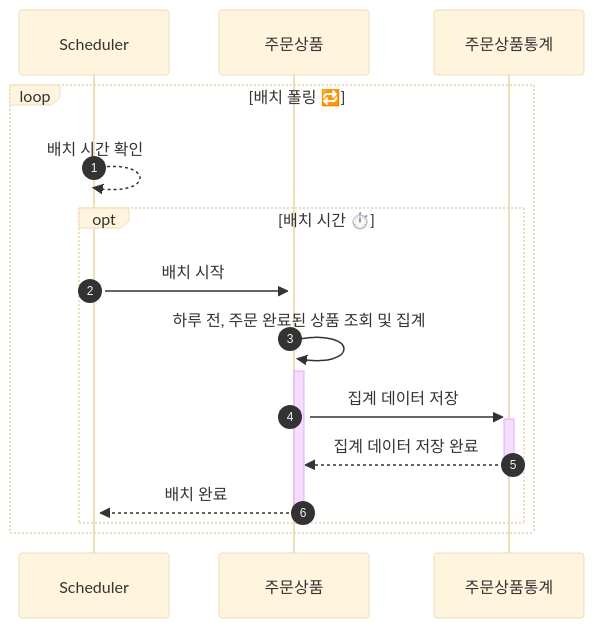
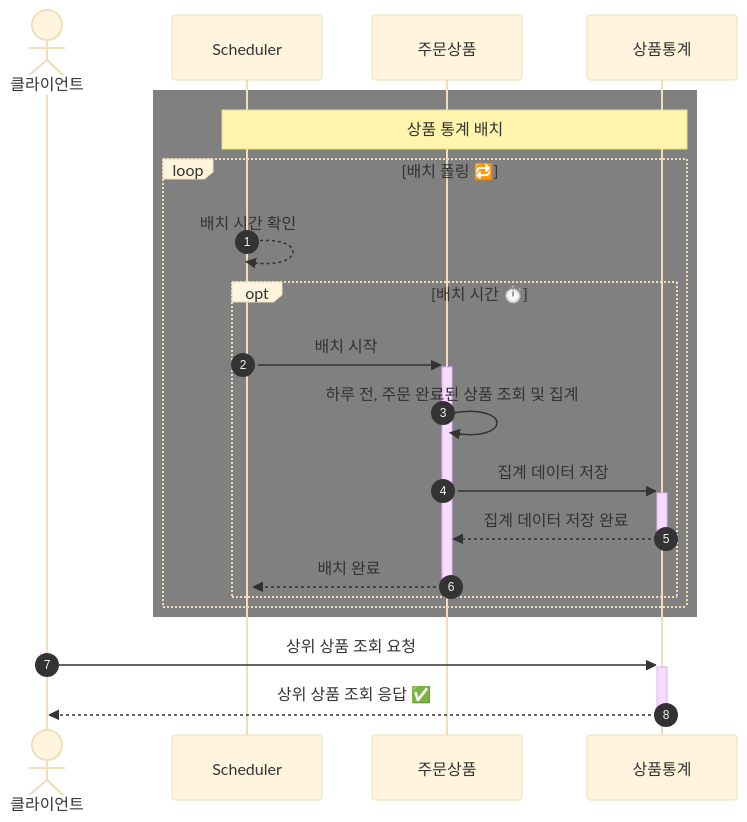
One commit to discphy/hhplus-e-commerce changed the seventh of 7 diagrams in docs/architecture/03.SequenceDiagram.md. Above: the diagram before and after it, drawn with Mermaid (base theme). The commit also changed other lines of this file, not shown here.

Commit message:
[DOCS] 시퀀스 다이어그램 수정

````diff
--- a/docs/architecture/03.SequenceDiagram.md
+++ b/docs/architecture/03.SequenceDiagram.md
@@ -122,20 +326,26 @@
 ```mermaid
 sequenceDiagram
     autonumber
+    actor 클라이언트
     participant 스케줄러 AS Scheduler
     participant 주문상품
-    participant 주문상품통계
+    participant 상품통계
 
+    rect GRAY
+    Note over 스케줄러, 상품통계: 상품 통계 배치
     loop 배치 폴링 🔁
         스케줄러 -->>+ 스케줄러: 배치 시간 확인
 
         opt 배치 시간 ⏱️
             스케줄러 ->>+ 주문상품: 배치 시작
-            주문상품 ->>+ 주문상품: 하루 전, 주문 완료된 상품 조회 및 집계
-            주문상품 ->>+ 주문상품통계: 집계 데이터 저장
-            주문상품통계 -->>- 주문상품: 집계 데이터 저장 완료
+            주문상품 ->> 주문상품: 하루 전, 주문 완료된 상품 조회 및 집계
+            주문상품 ->>+ 상품통계: 집계 데이터 저장
+            상품통계 -->>- 주문상품: 집계 데이터 저장 완료
             주문상품 -->>- 스케줄러: 배치 완료
         end
+    end
+    end
 
-    end
+    클라이언트 ->>+ 상품통계: 상위 상품 조회 요청
+    상품통계 -->>- 클라이언트 : 상위 상품 조회 응답 ✅
 ```
````
